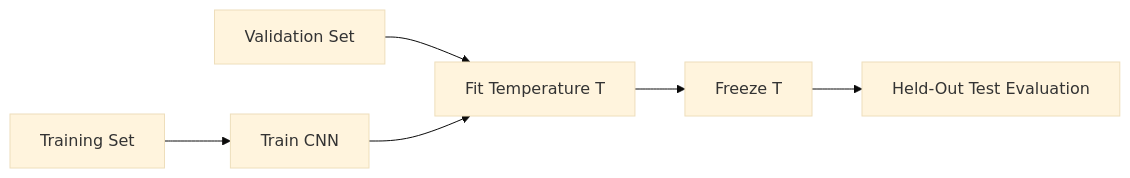
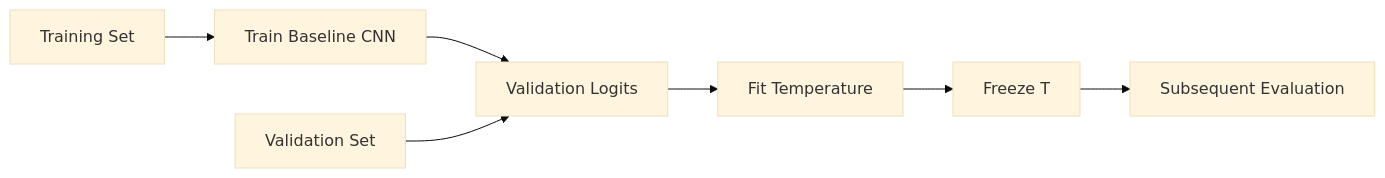
Before and after one commit to hammedfataio/trustworthy-healthcare-ai: the fifth of 11 diagrams in docs/experiment_002_calibration.md, drawn with Mermaid (base theme). The commit also changed other lines of this file, not shown here.

````diff
--- a/docs/experiment_002_calibration.md
+++ b/docs/experiment_002_calibration.md
@@ -429,13 +416,15 @@
 ```mermaid
 flowchart LR
 
-    TRAIN["Training Set"] --> MODEL["Train CNN"]
+    TRAIN["Training Set"] --> MODEL["Train Baseline CNN"]
 
-    VAL["Validation Set"] --> FIT["Fit Temperature T"]
+    MODEL --> VALLOG["Validation Logits"]
 
-    MODEL --> FIT
+    VAL["Validation Set"] --> VALLOG
 
-    FIT --> FIX["Freeze T"]
+    VALLOG --> FIT["Fit Temperature"]
 
-    FIX --> TEST["Held-Out Test Evaluation"]
+    FIT --> FREEZE["Freeze T"]
+
+    FREEZE --> EVAL["Subsequent Evaluation"]
 ```
````
